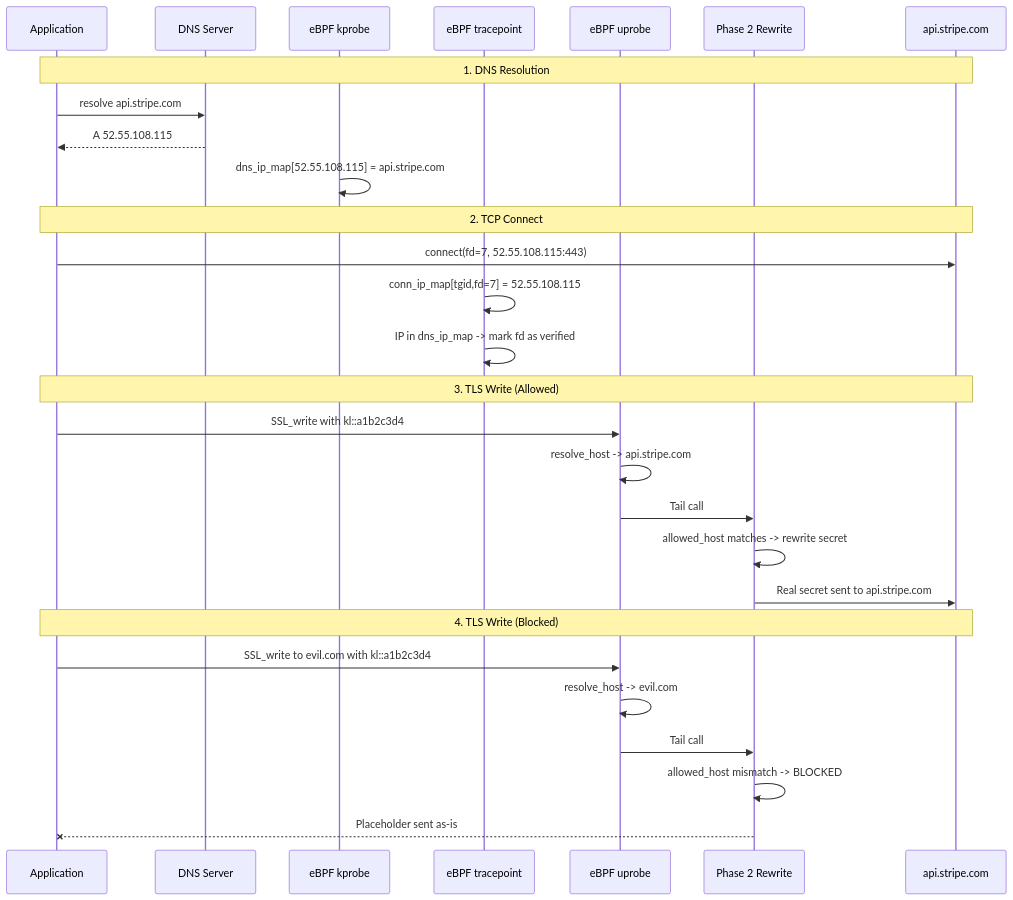
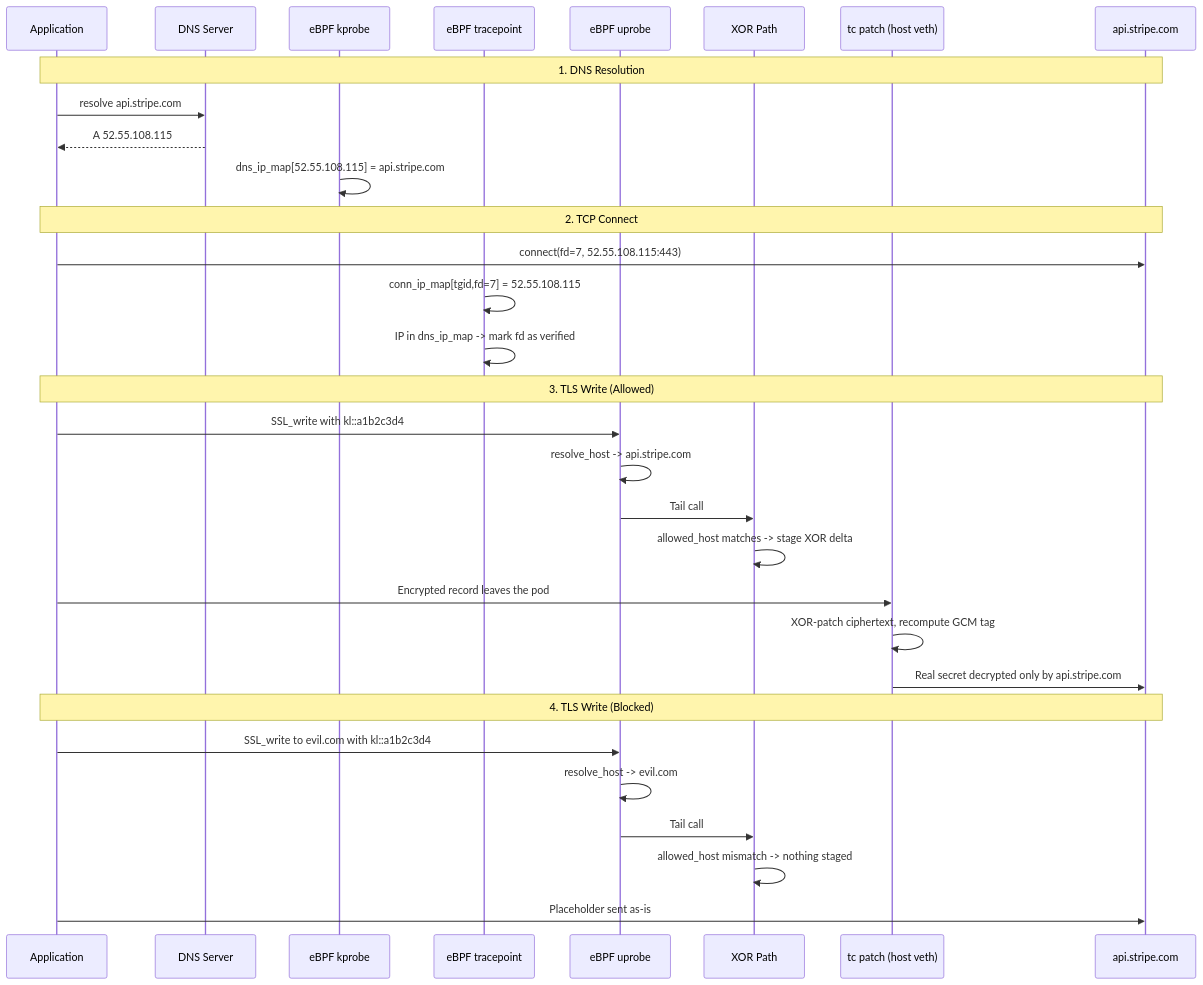
One commit to spinningfactory/kloak changed the second of 2 diagrams in README.md. Above: the diagram before and after it, drawn with Mermaid. The commit also changed other lines of this file and 1 other file, not shown here.

First line of the commit message:
docs: describe the ciphertext-only data plane accurately (README + CLAUDE.md) (#318)

````diff
--- a/README.md
+++ b/README.md
@@ -146,34 +151,37 @@
 ```mermaid
 sequenceDiagram
     participant App as Application
     participant DNS as DNS Server
     participant KP as eBPF kprobe
     participant TP as eBPF tracepoint
     participant UP as eBPF uprobe
-    participant P2 as Phase 2 Rewrite
+    participant XOR as XOR Path
+    participant TC as tc patch (host veth)
     participant Srv as api.stripe.com
 
     Note over App,Srv: 1. DNS Resolution
     App->>DNS: resolve api.stripe.com
     DNS-->>App: A 52.55.108.115
     KP->>KP: dns_ip_map[52.55.108.115] = api.stripe.com
 
     Note over App,Srv: 2. TCP Connect
     App->>Srv: connect(fd=7, 52.55.108.115:443)
     TP->>TP: conn_ip_map[tgid,fd=7] = 52.55.108.115
     TP->>TP: IP in dns_ip_map -> mark fd as verified
 
     Note over App,Srv: 3. TLS Write (Allowed)
     App->>UP: SSL_write with kl::a1b2c3d4
     UP->>UP: resolve_host -> api.stripe.com
-    UP->>P2: Tail call
-    P2->>P2: allowed_host matches -> rewrite secret
-    P2->>Srv: Real secret sent to api.stripe.com
+    UP->>XOR: Tail call
+    XOR->>XOR: allowed_host matches -> stage XOR delta
+    App->>TC: Encrypted record leaves the pod
+    TC->>TC: XOR-patch ciphertext, recompute GCM tag
+    TC->>Srv: Real secret decrypted only by api.stripe.com
 
     Note over App,Srv: 4. TLS Write (Blocked)
     App->>UP: SSL_write to evil.com with kl::a1b2c3d4
     UP->>UP: resolve_host -> evil.com
-    UP->>P2: Tail call
-    P2->>P2: allowed_host mismatch -> BLOCKED
-    P2--xApp: Placeholder sent as-is
+    UP->>XOR: Tail call
+    XOR->>XOR: allowed_host mismatch -> nothing staged
+    App->>Srv: Placeholder sent as-is
 ```
````
